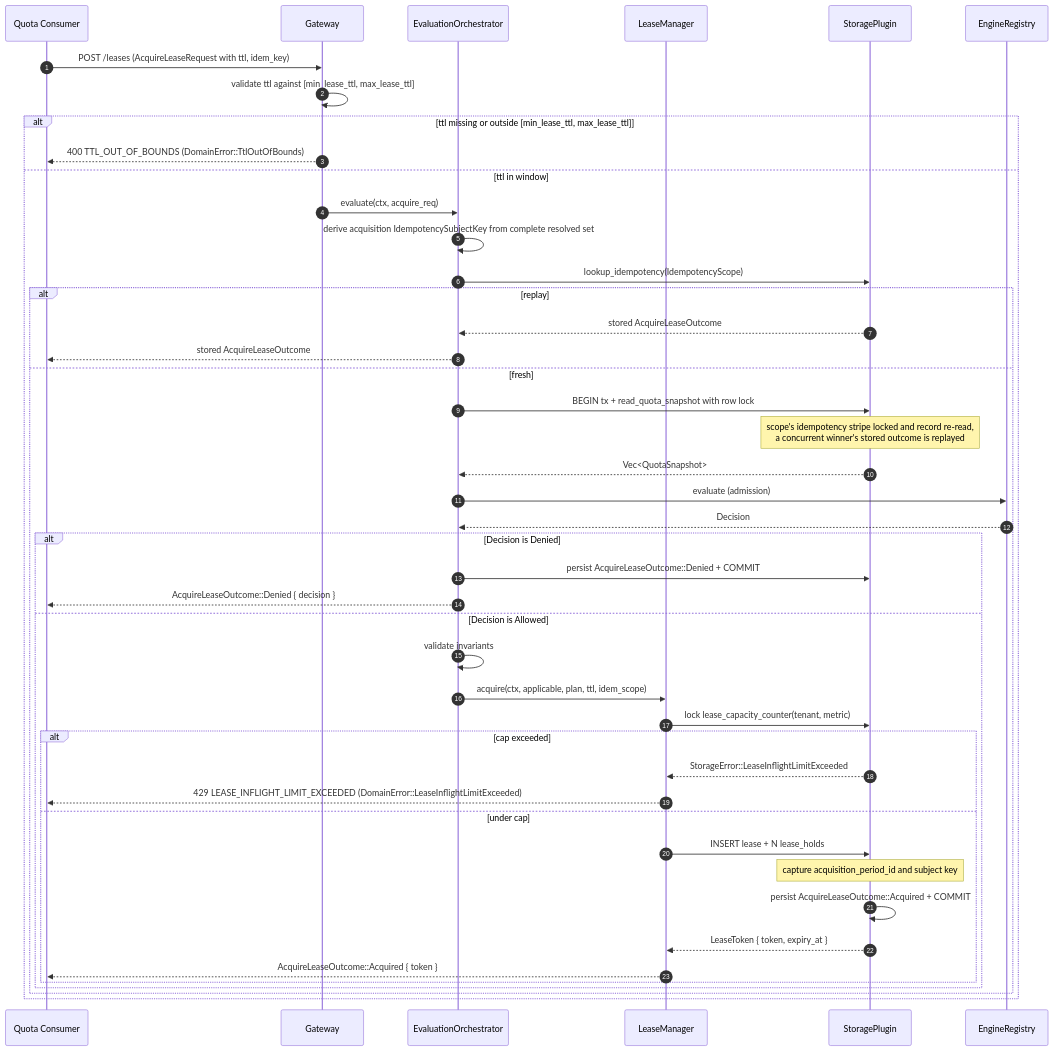
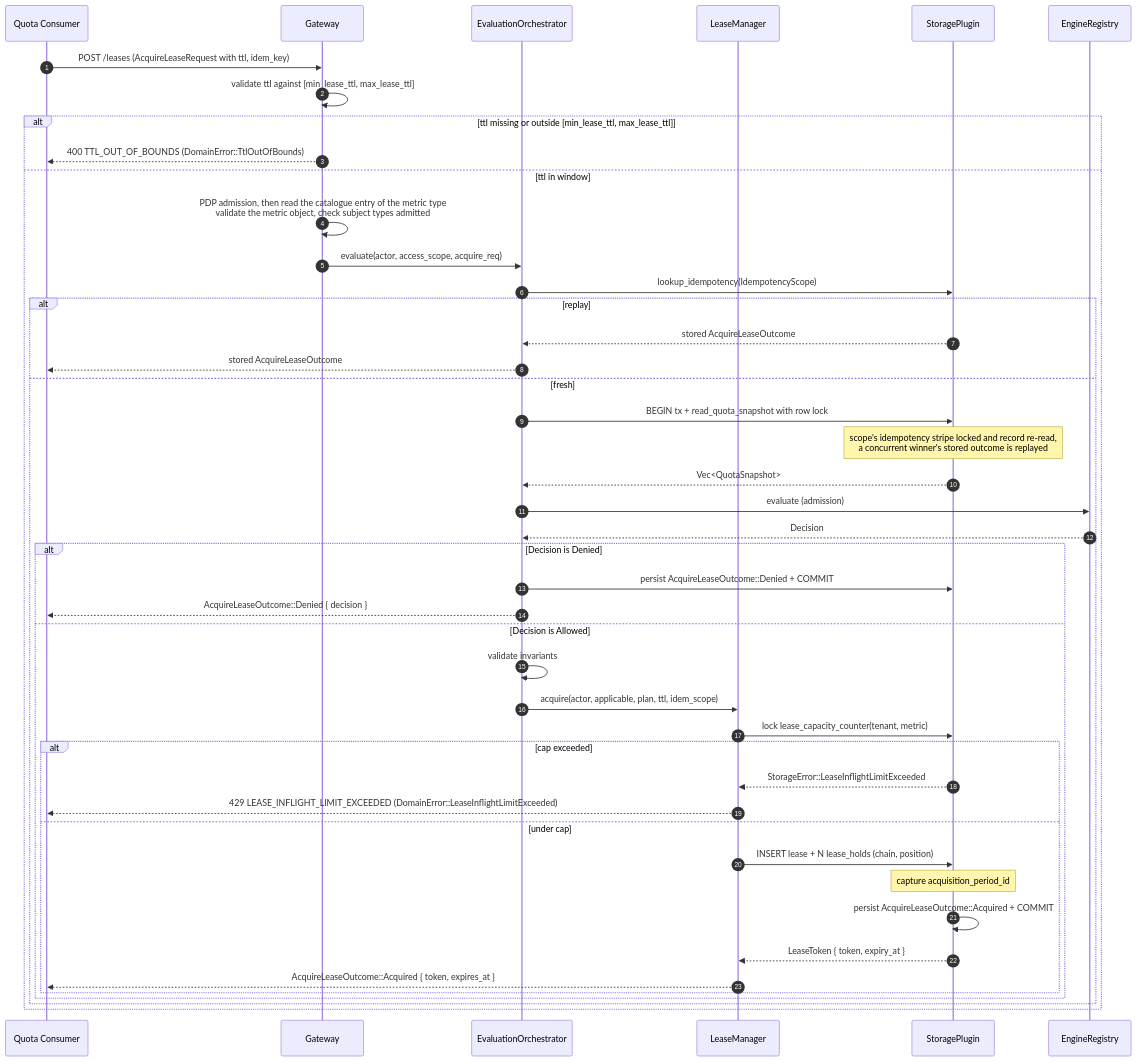
Before and after one commit to constructorfabric/gears-rust: the seventh of 18 diagrams in gears/system/quota-enforcement/docs/DESIGN.md, drawn with Mermaid. The commit also changed other lines of this file and 48 other files, not shown here.

````diff
--- a/gears/system/quota-enforcement/docs/DESIGN.md
+++ b/gears/system/quota-enforcement/docs/DESIGN.md
@@ -1716,48 +1919,48 @@
 ```mermaid
 sequenceDiagram
     autonumber
     participant Caller as Quota Consumer
     participant GW as Gateway
     participant EO as EvaluationOrchestrator
     participant LM as LeaseManager
     participant SP as StoragePlugin
     participant ER as EngineRegistry
 
     Caller ->> GW: POST /leases (AcquireLeaseRequest with ttl, idem_key)
     GW ->> GW: validate ttl against [min_lease_ttl, max_lease_ttl]
     alt ttl missing or outside [min_lease_ttl, max_lease_ttl]
         GW -->> Caller: 400 TTL_OUT_OF_BOUNDS (DomainError::TtlOutOfBounds)
     else ttl in window
-        GW ->> EO: evaluate(ctx, acquire_req)
-        EO ->> EO: derive acquisition IdempotencySubjectKey from complete resolved set
+        GW ->> GW: PDP admission, then read the catalogue entry of the metric type<br/>validate the metric object, check subject types admitted
+        GW ->> EO: evaluate(actor, access_scope, acquire_req)
         EO ->> SP: lookup_idempotency(IdempotencyScope)
         alt replay
             SP -->> EO: stored AcquireLeaseOutcome
             EO -->> Caller: stored AcquireLeaseOutcome
         else fresh
             EO ->> SP: BEGIN tx + read_quota_snapshot with row lock
             Note over SP: scope's idempotency stripe locked and record re-read,<br/>a concurrent winner's stored outcome is replayed
             SP -->> EO: Vec<QuotaSnapshot>
             EO ->> ER: evaluate (admission)
             ER -->> EO: Decision
             alt Decision is Denied
                 EO ->> SP: persist AcquireLeaseOutcome::Denied + COMMIT
                 EO -->> Caller: AcquireLeaseOutcome::Denied { decision }
             else Decision is Allowed
                 EO ->> EO: validate invariants
-                EO ->> LM: acquire(ctx, applicable, plan, ttl, idem_scope)
+                EO ->> LM: acquire(actor, applicable, plan, ttl, idem_scope)
                 LM ->> SP: lock lease_capacity_counter(tenant, metric)
                 alt cap exceeded
                     SP -->> LM: StorageError::LeaseInflightLimitExceeded
                     LM -->> Caller: 429 LEASE_INFLIGHT_LIMIT_EXCEEDED (DomainError::LeaseInflightLimitExceeded)
                 else under cap
-                    LM ->> SP: INSERT lease + N lease_holds
-                    Note over SP: capture acquisition_period_id and subject key
+                    LM ->> SP: INSERT lease + N lease_holds (chain, position)
+                    Note over SP: capture acquisition_period_id
                     SP ->> SP: persist AcquireLeaseOutcome::Acquired + COMMIT
                     SP -->> LM: LeaseToken { token, expiry_at }
-                    LM -->> Caller: AcquireLeaseOutcome::Acquired { token }
+                    LM -->> Caller: AcquireLeaseOutcome::Acquired { token, expires_at }
                 end
             end
         end
     end
 ```
````
